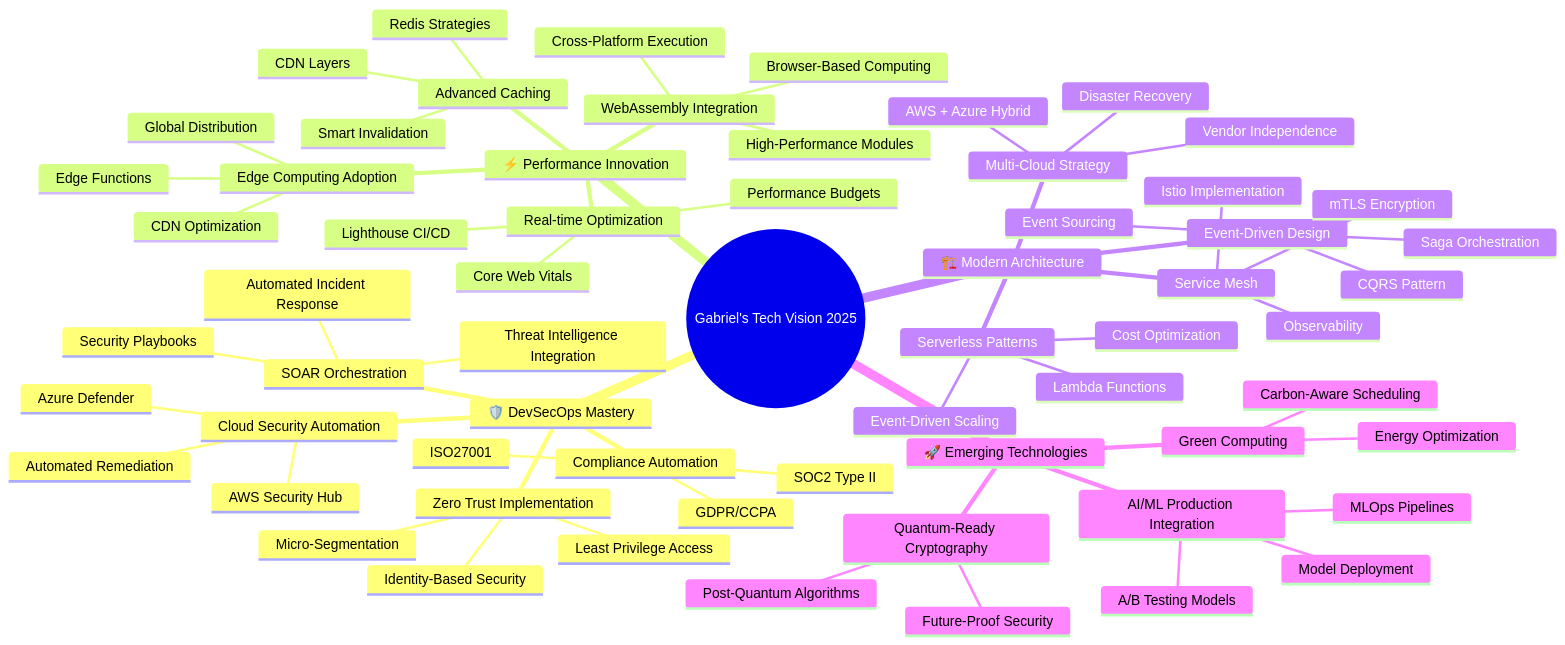
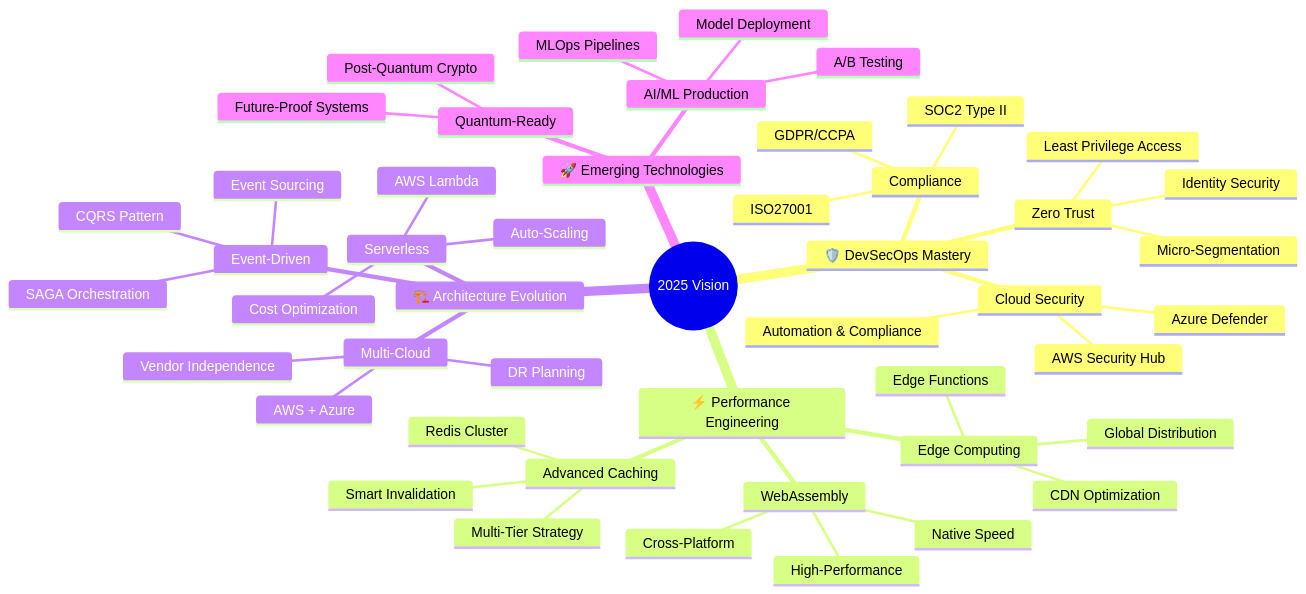
Before and after one commit to glferreira-devsecops/glferreira-devsecops: the first of 3 diagrams in README.md, drawn with Mermaid. The commit also changed other lines of this file, not shown here.

````diff
--- a/README.md
+++ b/README.md
@@ -947,66 +650,51 @@
 ```mermaid
 mindmap
-  root((Gabriel's Tech Vision 2025))
+  root((2025 Vision))
     🛡️ DevSecOps Mastery
-      Cloud Security Automation
+      Cloud Security
         AWS Security Hub
         Azure Defender
-        Automated Remediation
-      Zero Trust Implementation
-        Identity-Based Security
+        Automation & Compliance
+      Zero Trust
+        Identity Security
         Micro-Segmentation
         Least Privilege Access
-      SOAR Orchestration
-        Automated Incident Response
-        Security Playbooks
-        Threat Intelligence Integration
-      Compliance Automation
+      Compliance
         SOC2 Type II
         ISO27001
         GDPR/CCPA
-    ⚡ Performance Innovation
-      Edge Computing Adoption
+    ⚡ Performance Engineering
+      Edge Computing
         CDN Optimization
         Edge Functions
         Global Distribution
-      WebAssembly Integration
-        High-Performance Modules
-        Browser-Based Computing
-        Cross-Platform Execution
+      WebAssembly
+        High-Performance
+        Cross-Platform
+        Native Speed
       Advanced Caching
-        Redis Strategies
-        CDN Layers
+        Redis Cluster
         Smart Invalidation
-      Real-time Optimization
-        Lighthouse CI/CD
-        Core Web Vitals
-        Performance Budgets
-    🏗️ Modern Architecture
-      Event-Driven Design
+        Multi-Tier Strategy
+    🏗️ Architecture Evolution
+      Event-Driven
         Event Sourcing
         CQRS Pattern
-        Saga Orchestration
-      Serverless Patterns
-        Lambda Functions
-        Event-Driven Scaling
+        SAGA Orchestration
+      Serverless
+        AWS Lambda
+        Auto-Scaling
         Cost Optimization
-      Multi-Cloud Strategy
-        AWS + Azure Hybrid
-        Disaster Recovery
+      Multi-Cloud
+        AWS + Azure
+        DR Planning
         Vendor Independence
-      Service Mesh
-        Istio Implementation
-        mTLS Encryption
-        Observability
     🚀 Emerging Technologies
-      AI/ML Production Integration
+      AI/ML Production
         Model Deployment
         MLOps Pipelines
-        A/B Testing Models
-      Quantum-Ready Cryptography
-        Post-Quantum Algorithms
-        Future-Proof Security
-      Green Computing
-        Carbon-Aware Scheduling
-        Energy Optimization
+        A/B Testing
+      Quantum-Ready
+        Post-Quantum Crypto
+        Future-Proof Systems
 ```
````
